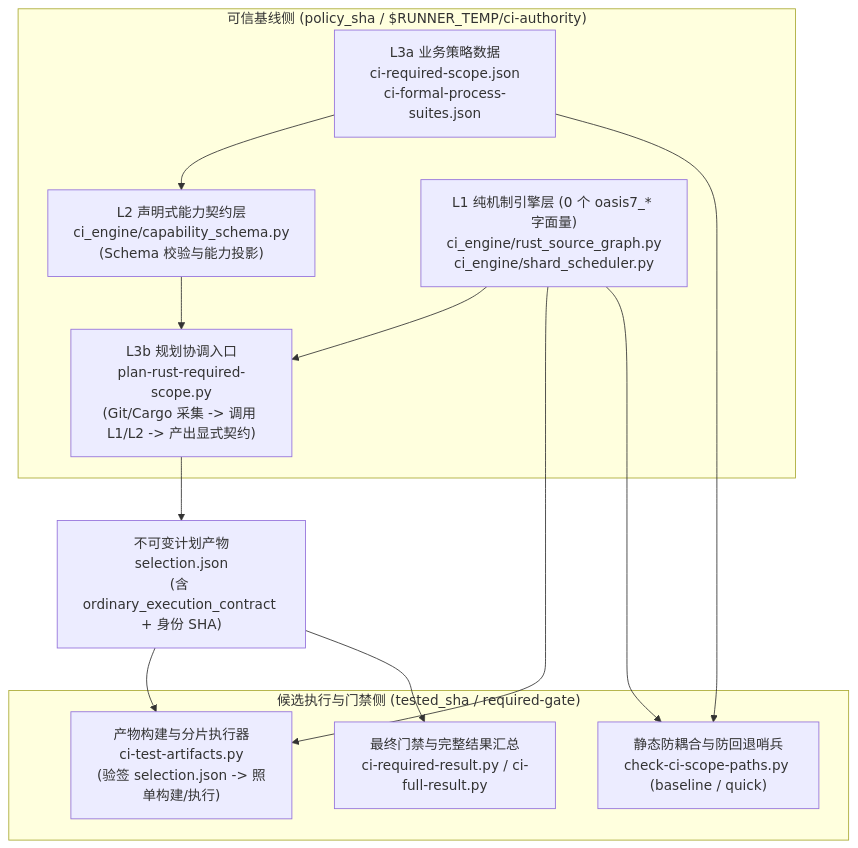
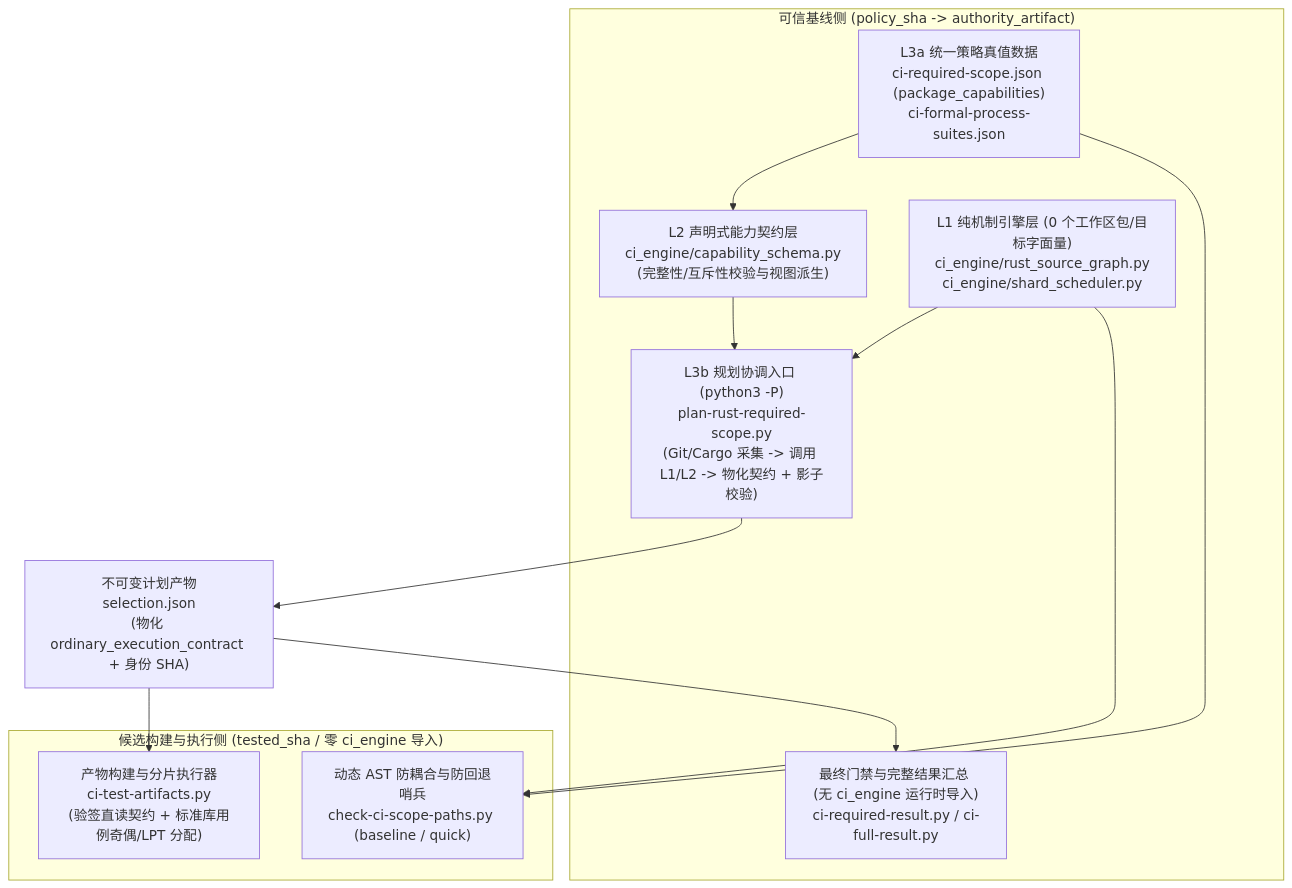
The diagram in doc/testing/ci/ci-engine-and-policy-decoupling.design.md (nil-studio/oasis7), drawn with Mermaid before and after one commit. The commit also changed other lines of this file, not shown here.

Commit message:
docs(ci): tighten authority propagation, unified capability schema, and dynamic AST gate

````diff
--- a/doc/testing/ci/ci-engine-and-policy-decoupling.design.md
+++ b/doc/testing/ci/ci-engine-and-policy-decoupling.design.md
@@ -74,27 +74,26 @@
 ```mermaid
 flowchart TD
-    subgraph PolicyTrusted["可信基线侧 (policy_sha / $RUNNER_TEMP/ci-authority)"]
-        CFG["L3a 业务策略数据\nci-required-scope.json\nci-formal-process-suites.json"]
-        SCHEMA["L2 声明式能力契约层\nci_engine/capability_schema.py\n(Schema 校验与能力投影)"]
-        ENG["L1 纯机制引擎层 (0 个 oasis7_* 字面量)\nci_engine/rust_source_graph.py\nci_engine/shard_scheduler.py"]
-        PLAN["L3b 规划协调入口\nplan-rust-required-scope.py\n(Git/Cargo 采集 -> 调用 L1/L2 -> 产出显式契约)"]
+    subgraph PolicyTrusted["可信基线侧 (policy_sha -> authority_artifact)"]
+        CFG["L3a 统一策略真值数据\nci-required-scope.json (package_capabilities)\nci-formal-process-suites.json"]
+        SCHEMA["L2 声明式能力契约层\nci_engine/capability_schema.py\n(完整性/互斥性校验与视图派生)"]
+        ENG["L1 纯机制引擎层 (0 个工作区包/目标字面量)\nci_engine/rust_source_graph.py\nci_engine/shard_scheduler.py"]
+        PLAN["L3b 规划协调入口 (python3 -P)\nplan-rust-required-scope.py\n(Git/Cargo 采集 -> 调用 L1/L2 -> 物化契约 + 影子校验)"]
+        GATE["最终门禁与完整结果汇总 (无 ci_engine 运行时导入)\nci-required-result.py / ci-full-result.py"]
     end
 
-    SEL["不可变计划产物\nselection.json\n(含 ordinary_execution_contract + 身份 SHA)"]
+    SEL["不可变计划产物\nselection.json\n(物化 ordinary_execution_contract + 身份 SHA)"]
 
-    subgraph CandidateExec["候选执行与门禁侧 (tested_sha / required-gate)"]
-        ART["产物构建与分片执行器\nci-test-artifacts.py\n(验签 selection.json -> 照单构建/执行)"]
-        GATE["最终门禁与完整结果汇总\nci-required-result.py / ci-full-result.py"]
-        CANARY["静态防耦合与防回退哨兵\ncheck-ci-scope-paths.py (baseline / quick)"]
+    subgraph CandidateExec["候选构建与执行侧 (tested_sha / 零 ci_engine 导入)"]
+        ART["产物构建与分片执行器\nci-test-artifacts.py\n(验签直读契约 + 标准库用例奇偶/LPT 分配)"]
+        CANARY["动态 AST 防耦合与防回退哨兵\ncheck-ci-scope-paths.py (baseline / quick)"]
     end
 
     CFG --> SCHEMA
     SCHEMA --> PLAN
     ENG --> PLAN
     PLAN --> SEL
     SEL --> ART
-    ENG --> ART
     SEL --> GATE
     CFG --> CANARY
     ENG --> CANARY
 ```
````
